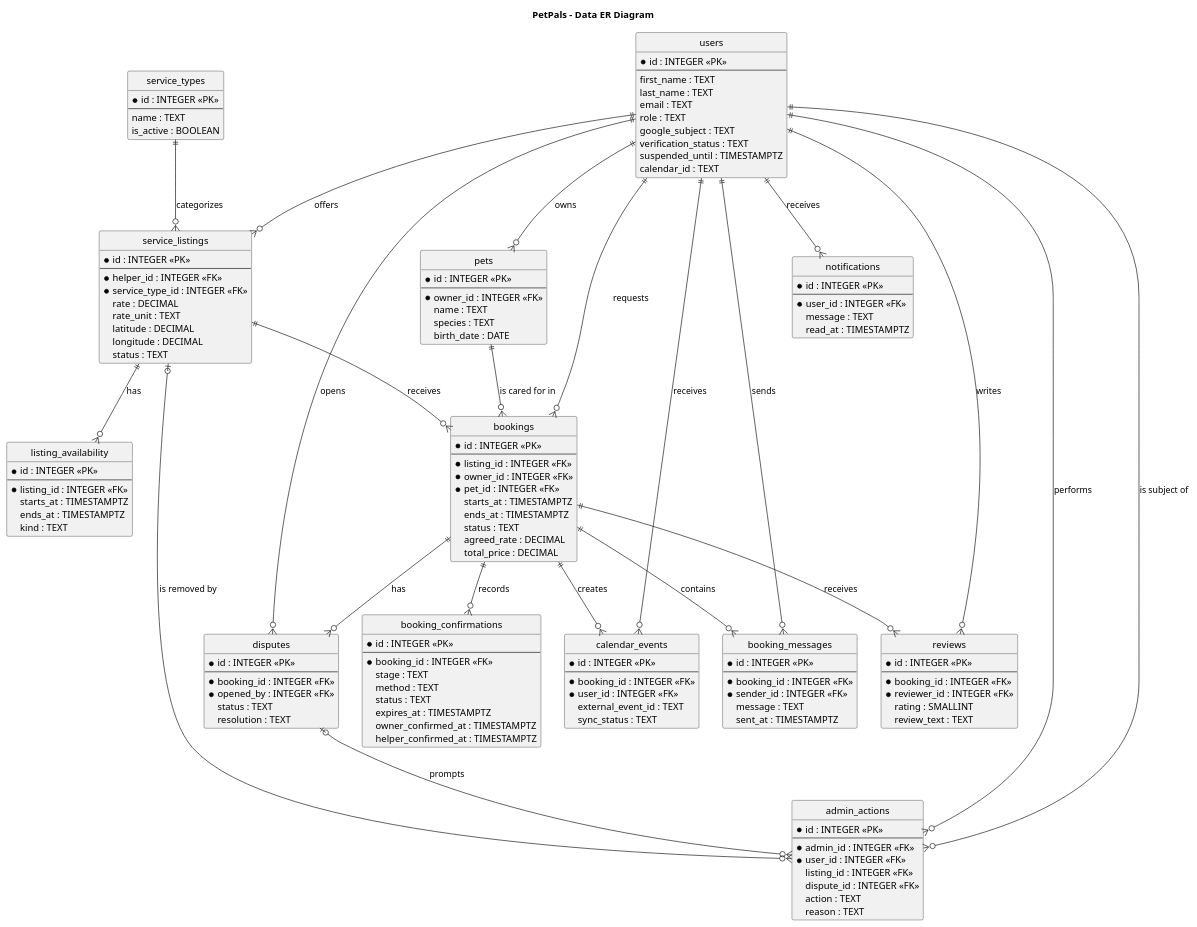
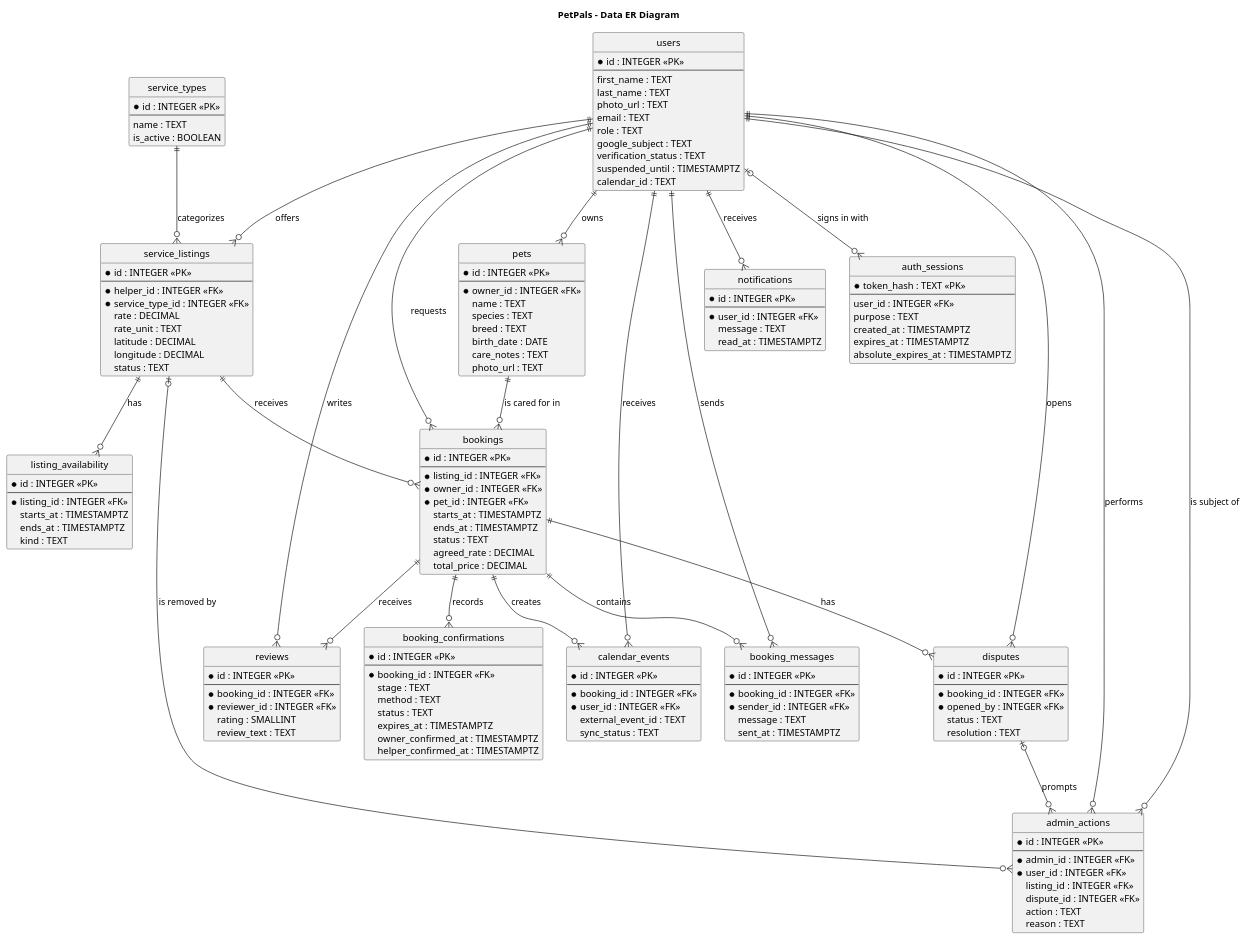
The diagram in docs/puml/4-3-1-petpals-data-ERD.puml (xikodev/PetPals), drawn with PlantUML before and after one commit. The commit also changed other lines of this file and 11 other files, not shown here.

Commit message:
docs adjust doc 4 and diagrams

```diff
--- a/docs/puml/4-3-1-petpals-data-ERD.puml
+++ b/docs/puml/4-3-1-petpals-data-ERD.puml
@@ -16,161 +15,177 @@
 @startuml
 title PetPals - Data ER Diagram
 
 skinparam shadowing false
 skinparam defaultFontName Arial
 hide circle
 
 entity "users" as users {
   * id : INTEGER <<PK>>
   --
   first_name : TEXT
   last_name : TEXT
+  photo_url : TEXT
   email : TEXT
   role : TEXT
   google_subject : TEXT
   verification_status : TEXT
   suspended_until : TIMESTAMPTZ
   calendar_id : TEXT
 }
 
 entity "pets" as pets {
   * id : INTEGER <<PK>>
   --
   * owner_id : INTEGER <<FK>>
   name : TEXT
   species : TEXT
+  breed : TEXT          
   birth_date : DATE
+  care_notes : TEXT    
+  photo_url : TEXT      
 }
 
 entity "service_types" as service_types {
   * id : INTEGER <<PK>>
   --
   name : TEXT
   is_active : BOOLEAN
 }
 
 entity "service_listings" as service_listings {
   * id : INTEGER <<PK>>
   --
   * helper_id : INTEGER <<FK>>
   * service_type_id : INTEGER <<FK>>
   rate : DECIMAL
   rate_unit : TEXT
   latitude : DECIMAL
   longitude : DECIMAL
   status : TEXT
 }
 
 entity "listing_availability" as listing_availability {
   * id : INTEGER <<PK>>
   --
   * listing_id : INTEGER <<FK>>
   starts_at : TIMESTAMPTZ
   ends_at : TIMESTAMPTZ
   kind : TEXT
 }
 
 entity "bookings" as bookings {
   * id : INTEGER <<PK>>
   --
   * listing_id : INTEGER <<FK>>
   * owner_id : INTEGER <<FK>>
   * pet_id : INTEGER <<FK>>
   starts_at : TIMESTAMPTZ
   ends_at : TIMESTAMPTZ
   status : TEXT
   agreed_rate : DECIMAL
   total_price : DECIMAL
 }
 
 entity "booking_confirmations" as booking_confirmations {
   * id : INTEGER <<PK>>
   --
   * booking_id : INTEGER <<FK>>
   stage : TEXT
   method : TEXT
   status : TEXT
   expires_at : TIMESTAMPTZ
   owner_confirmed_at : TIMESTAMPTZ
   helper_confirmed_at : TIMESTAMPTZ
 }
 
 entity "booking_messages" as booking_messages {
   * id : INTEGER <<PK>>
   --
   * booking_id : INTEGER <<FK>>
   * sender_id : INTEGER <<FK>>
   message : TEXT
   sent_at : TIMESTAMPTZ
 }
 
 entity "reviews" as reviews {
   * id : INTEGER <<PK>>
   --
   * booking_id : INTEGER <<FK>>
   * reviewer_id : INTEGER <<FK>>
   rating : SMALLINT
   review_text : TEXT
 }
 
 entity "disputes" as disputes {
   * id : INTEGER <<PK>>
   --
   * booking_id : INTEGER <<FK>>
   * opened_by : INTEGER <<FK>>
   status : TEXT
   resolution : TEXT
 }
 
 entity "admin_actions" as admin_actions {
   * id : INTEGER <<PK>>
   --
   * admin_id : INTEGER <<FK>>
   * user_id : INTEGER <<FK>>
   listing_id : INTEGER <<FK>>
   dispute_id : INTEGER <<FK>>
   action : TEXT
   reason : TEXT
 }
 
 entity "calendar_events" as calendar_events {
   * id : INTEGER <<PK>>
   --
   * booking_id : INTEGER <<FK>>
   * user_id : INTEGER <<FK>>
   external_event_id : TEXT
   sync_status : TEXT
 }
 
 entity "notifications" as notifications {
   * id : INTEGER <<PK>>
   --
   * user_id : INTEGER <<FK>>
   message : TEXT
   read_at : TIMESTAMPTZ
 }
 
+entity "auth_sessions" as auth_sessions {
+  * token_hash : TEXT <<PK>>
+  --
+  user_id : INTEGER <<FK>>
+  purpose : TEXT
+  created_at : TIMESTAMPTZ
+  expires_at : TIMESTAMPTZ
+  absolute_expires_at : TIMESTAMPTZ
+}
+
 users ||--o{ pets : owns
 users ||--o{ service_listings : offers
 service_types ||--o{ service_listings : categorizes
 service_listings ||--o{ listing_availability : has
 service_listings ||--o{ bookings : receives
 users ||--o{ bookings : requests
 pets ||--o{ bookings : "is cared for in"
+
+users |o--o{ auth_sessions : "signs in with"
 
 bookings ||--o{ booking_confirmations : records
 bookings ||--o{ booking_messages : contains
 users ||--o{ booking_messages : sends
 bookings ||--o{ reviews : receives
 users ||--o{ reviews : writes
 bookings ||--o{ disputes : has
 users ||--o{ disputes : opens
 bookings ||--o{ calendar_events : creates
 users ||--o{ calendar_events : receives
 
 users ||--o{ notifications : receives
 users ||--o{ admin_actions : performs
 users ||--o{ admin_actions : "is subject of"
 disputes |o--o{ admin_actions : prompts
 service_listings |o--o{ admin_actions : "is removed by"
 @enduml
```
